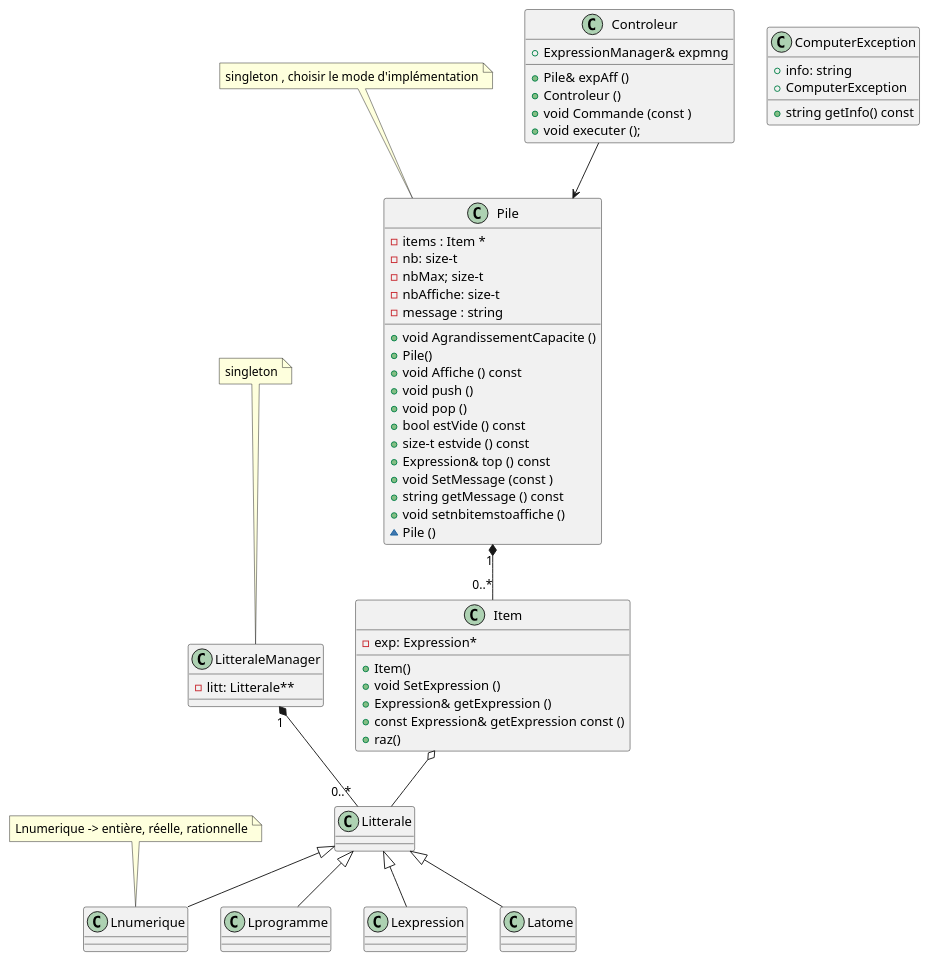
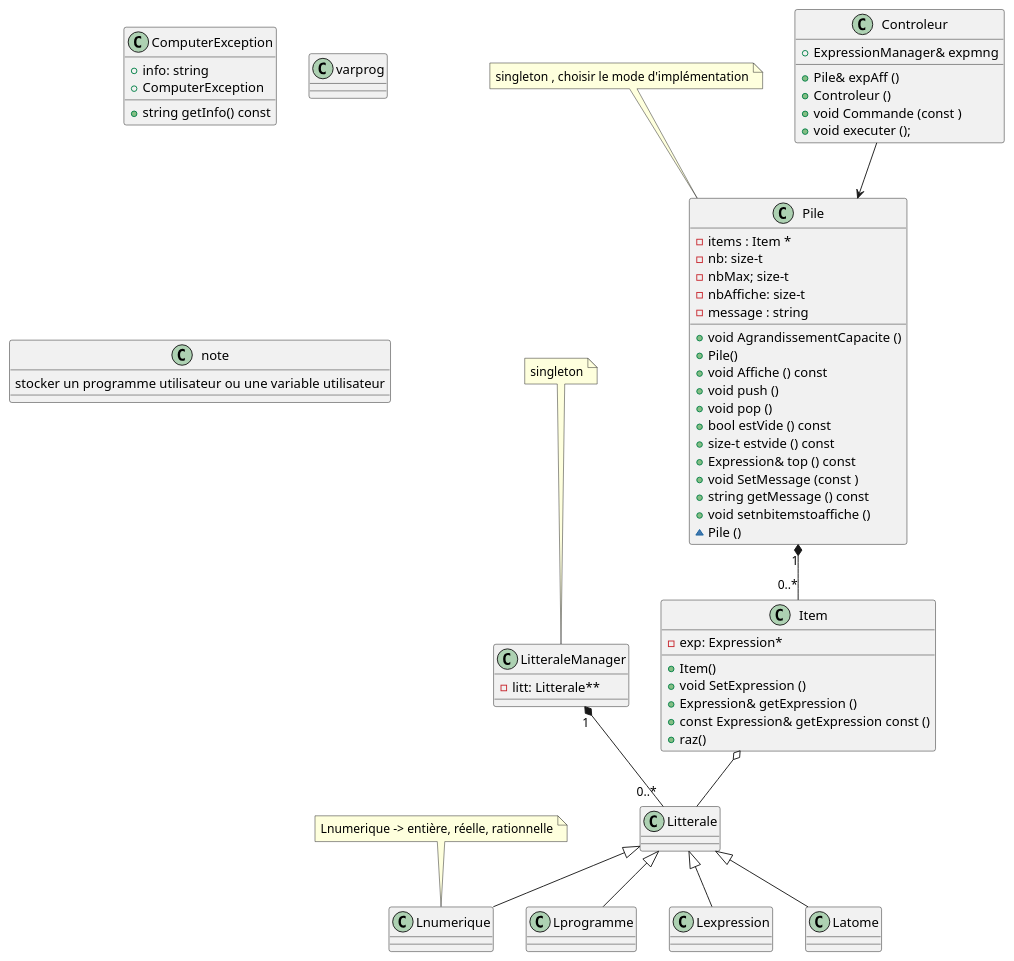
One commit to StephaneBranly/LO21-RPN-Calculator changed the diagram in UML.PLANTUML. Above: the diagram before and after it, drawn with PlantUML.

Commit message:
Update UML.PLANTUML
Réunion 12/11

```diff
--- a/UML.PLANTUML
+++ b/UML.PLANTUML
@@ -1,83 +1,86 @@
 @startuml
 class Pile {
   -items : Item *
   -nb: size-t
   -nbMax; size-t
   -nbAffiche: size-t
   -message : string 
   +void AgrandissementCapacite ()
   +Pile() 
   +void Affiche () const
   +void push ()
   +void pop ()
   +bool estVide () const
   +size-t estvide () const
   +Expression& top () const 
   +void SetMessage (const )
   +string getMessage () const 
   +void setnbitemstoaffiche ()
   ~Pile ()
 }
 note top 
 singleton , choisir le mode d'implémentation
 end note
 
 class Controleur {
   +ExpressionManager& expmng
   +Pile& expAff ()
   +Controleur ()
   +void Commande (const )
   +void executer ();
 }
 
 
 
 Controleur-->Pile
 
 class Item{
   -exp: Expression*
   +Item()
   +void SetExpression ()
   +Expression& getExpression () 
   +const Expression& getExpression const ()
   +raz()
 }
 
 Item o-- Litterale
 
 class ComputerException {
   +info: string
   +ComputerException
   +string getInfo() const
 }
 
 class LitteraleManager{
 -litt: Litterale**
 }
 note top 
 singleton
 end note
 
 class Litterale{
 }
 
 class Lprogramme{}
 class Lnumerique{}
 note top 
 Lnumerique -> entière, réelle, rationnelle
 end note
 
 class Lexpression{}
 class Latome {}
 
+class varprog {}
+note : stocker un programme utilisateur ou une variable utilisateur 
+
 LitteraleManager "1" *-- "0..*" Litterale
 Pile "1" *-- "0..*" Item
 Litterale <|--  Lprogramme
 Litterale <|--  Lnumerique
 Litterale <|--  Lexpression
 Litterale <|-- Latome 
 
 
 
 
 @enduml
```
